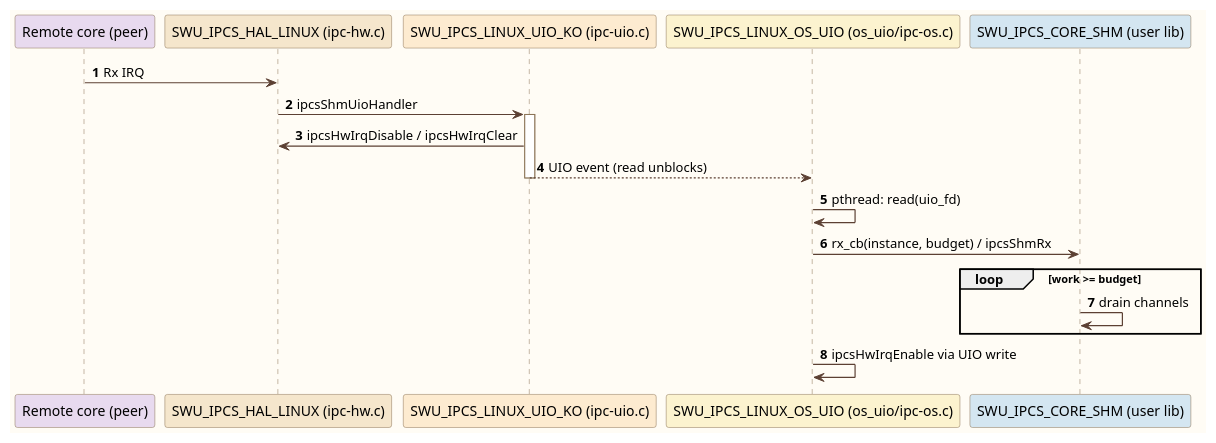
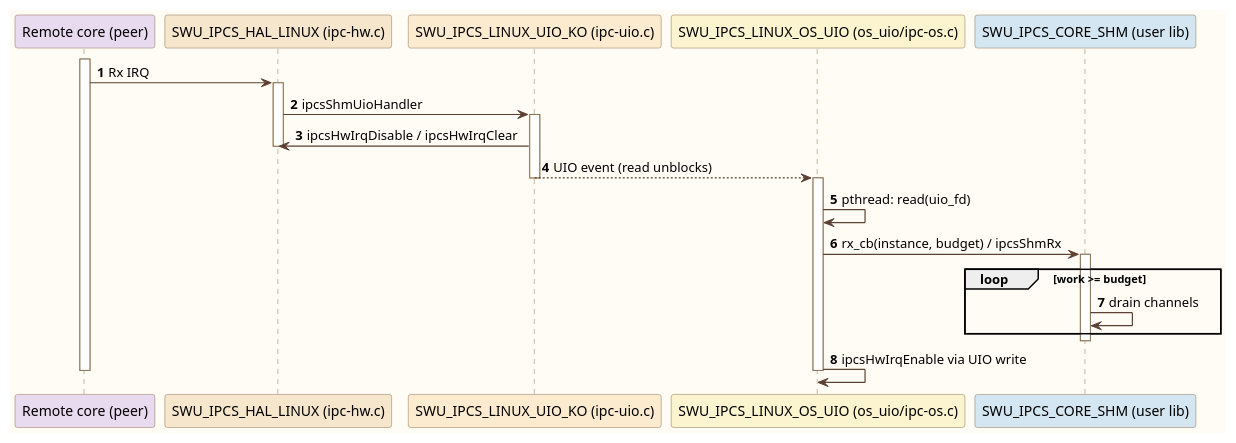
Before and after one commit to Mastang1/sad_sdd_proj: the diagram in c1_sdd_linux-ipcs/cursor_tmp/flow_umls/linux_seq_uio_rx.puml, drawn with PlantUML. The commit also changed 208 other files, not shown here.

```diff
--- a/c1_sdd_linux-ipcs/cursor_tmp/flow_umls/linux_seq_uio_rx.puml
+++ b/c1_sdd_linux-ipcs/cursor_tmp/flow_umls/linux_seq_uio_rx.puml
@@ -1,37 +1,45 @@
 @startuml
 skinparam backgroundColor #FFFCF5
 skinparam sequenceArrowThickness 1.2
 skinparam sequence {
   ArrowColor #5C4033
   LifeLineBorderColor #8B7355
   ParticipantBorderColor #8B7355
   BoxBorderColor #A08060
 }
 skinparam note {
   BackgroundColor #FFF8E8
   BorderColor #B89968
 }
 skinparam actor {
   BackgroundColor #FAF0E0
   BorderColor #8B7355
 }
 participant "Remote core (peer)" as REMOTE #E8DAEF
 participant "SWU_IPCS_HAL_LINUX (ipc-hw.c)" as HAL #F5E6CC
 participant "SWU_IPCS_LINUX_UIO_KO (ipc-uio.c)" as UIO_KO #FDEBD0
 participant "SWU_IPCS_LINUX_OS_UIO (os_uio/ipc-os.c)" as UIO_USR #FCF3CF
 participant "SWU_IPCS_CORE_SHM (user lib)" as CORE #D4E6F1
 
 autonumber
+activate REMOTE
 REMOTE -> HAL : Rx IRQ
+activate HAL
 HAL -> UIO_KO : ipcsShmUioHandler
 activate UIO_KO
 UIO_KO -> HAL : ipcsHwIrqDisable / ipcsHwIrqClear
+deactivate HAL
 UIO_KO --> UIO_USR : UIO event (read unblocks)
 deactivate UIO_KO
+activate UIO_USR
 UIO_USR -> UIO_USR : pthread: read(uio_fd)
 UIO_USR -> CORE : rx_cb(instance, budget) / ipcsShmRx
+activate CORE
 loop work >= budget
   CORE -> CORE : drain channels
 end
+deactivate CORE
 UIO_USR -> UIO_USR : ipcsHwIrqEnable via UIO write
+deactivate UIO_USR
+deactivate REMOTE
 @enduml
```
